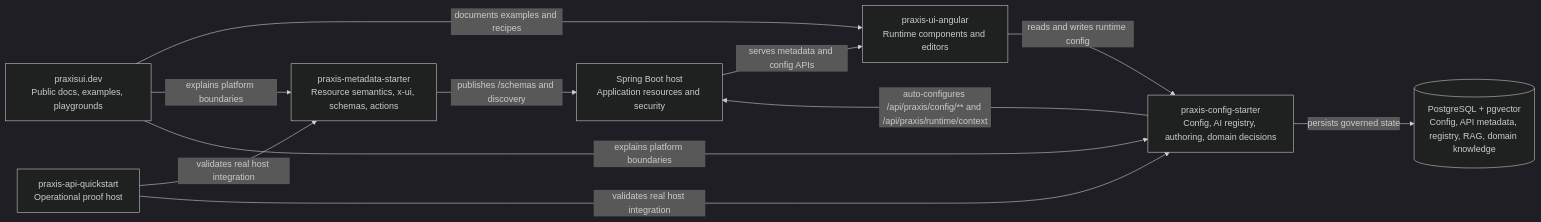
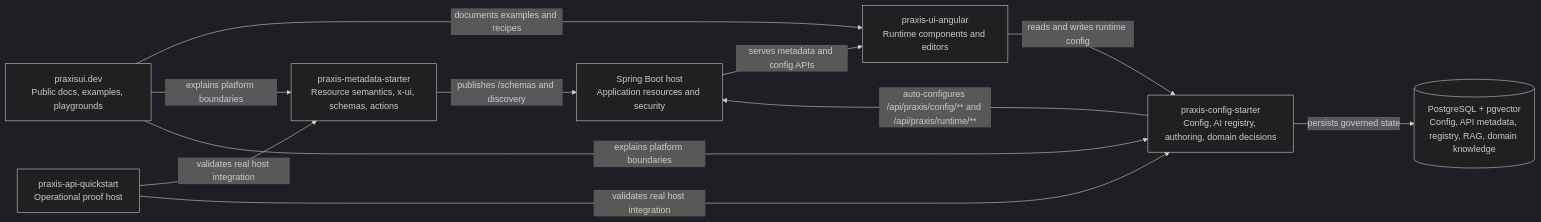
The first of 3 diagrams in README.md (codexrodrigues/praxis-config-starter), drawn with Mermaid (dark theme) before and after one commit. The commit also changed other lines of this file and 10 other files, not shown here.

````diff
--- a/README.md
+++ b/README.md
@@ -69,21 +69,21 @@
 ```mermaid
 flowchart LR
     metadata["praxis-metadata-starter<br/>Resource semantics, x-ui, schemas, actions"]
     host["Spring Boot host<br/>Application resources and security"]
     config["praxis-config-starter<br/>Config, AI registry, authoring, domain decisions"]
     db[("PostgreSQL + pgvector<br/>Config, API metadata, registry, RAG, domain knowledge")]
     angular["praxis-ui-angular<br/>Runtime components and editors"]
     site["praxisui.dev<br/>Public docs, examples, playgrounds"]
     quickstart["praxis-api-quickstart<br/>Operational proof host"]
 
     metadata -->|"publishes /schemas and discovery"| host
-    config -->|"auto-configures /api/praxis/config/** and /api/praxis/runtime/context"| host
+    config -->|"auto-configures /api/praxis/config/** and /api/praxis/runtime/**"| host
     host -->|"serves metadata and config APIs"| angular
     angular -->|"reads and writes runtime config"| config
     config -->|"persists governed state"| db
     site -->|"documents examples and recipes"| angular
     site -->|"explains platform boundaries"| metadata
     site -->|"explains platform boundaries"| config
     quickstart -->|"validates real host integration"| metadata
     quickstart -->|"validates real host integration"| config
 ```
````
